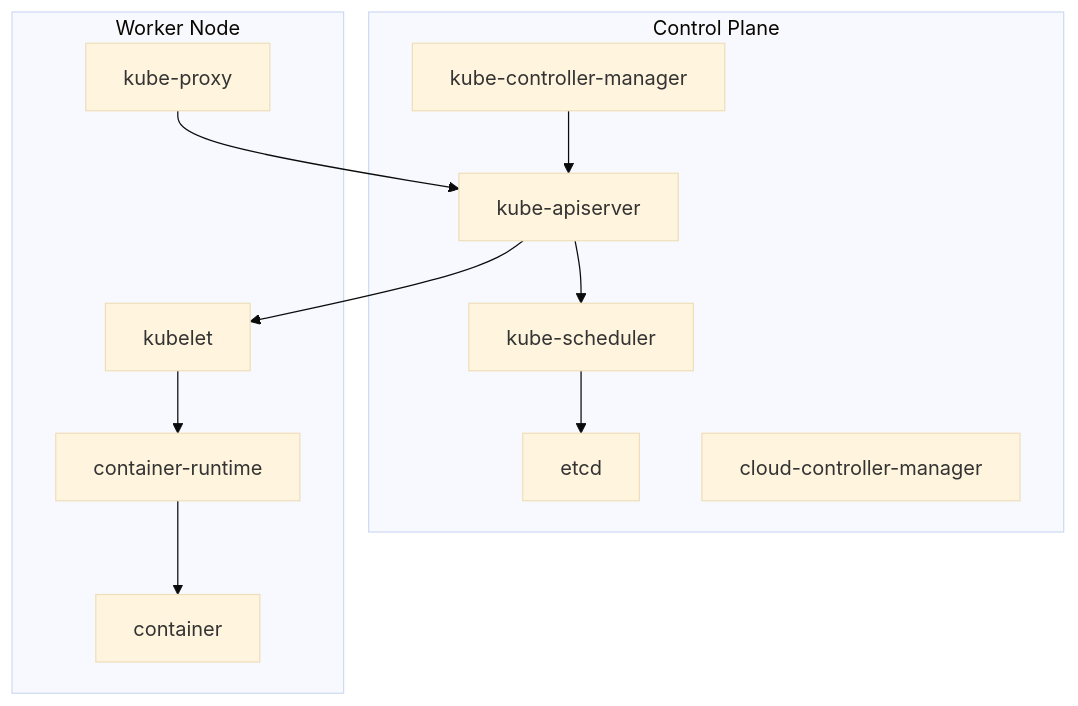
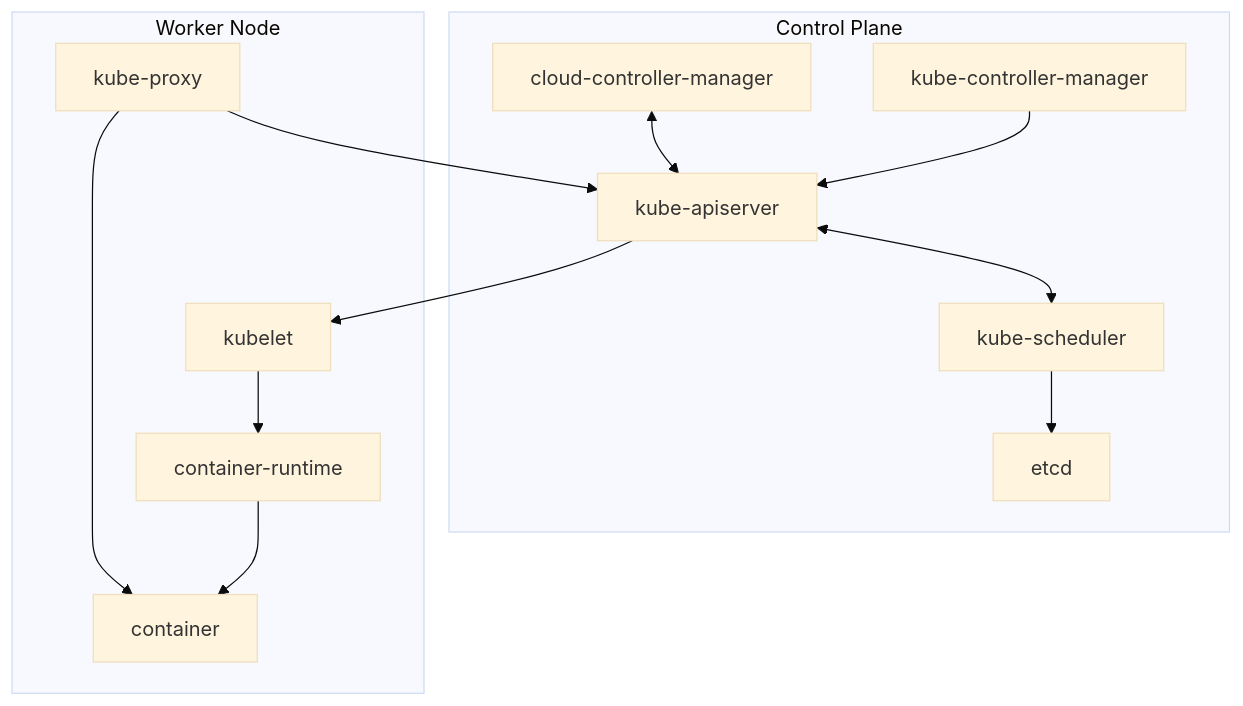
One commit to thinkaboutcode/knowledge-base changed the diagram in devops_k8s_architecture_cheatsheet.md. Above: the diagram before and after it, drawn with Mermaid (base theme).

Commit message:
modified cheatsheet for k8s architecture

````diff
--- a/devops_k8s_architecture_cheatsheet.md
+++ b/devops_k8s_architecture_cheatsheet.md
@@ -1,26 +1,28 @@
 ```mermaid
 flowchart TD
 
     subgraph Group1 [Control Plane]
         kube-apiserver
         kube-scheduler
         kube-controller-manager
         etcd
         cloud-controller-manager
     end
 
     subgraph Group2 [Worker Node]
         kubelet
         kube-proxy
         container-runtime
         container
         container
     end
 
-    kube-apiserver --> kube-scheduler
+    kube-apiserver <--> kube-scheduler
     kube-scheduler --> etcd
     kube-controller-manager --> kube-apiserver
+    cloud-controller-manager <--> kube-apiserver
     kube-apiserver --> kubelet
     kubelet --> container-runtime --> container
-    kube-proxy --> kube-apiserver 
+    kube-proxy --> kube-apiserver
+    kube-proxy --> container
 ```
````
